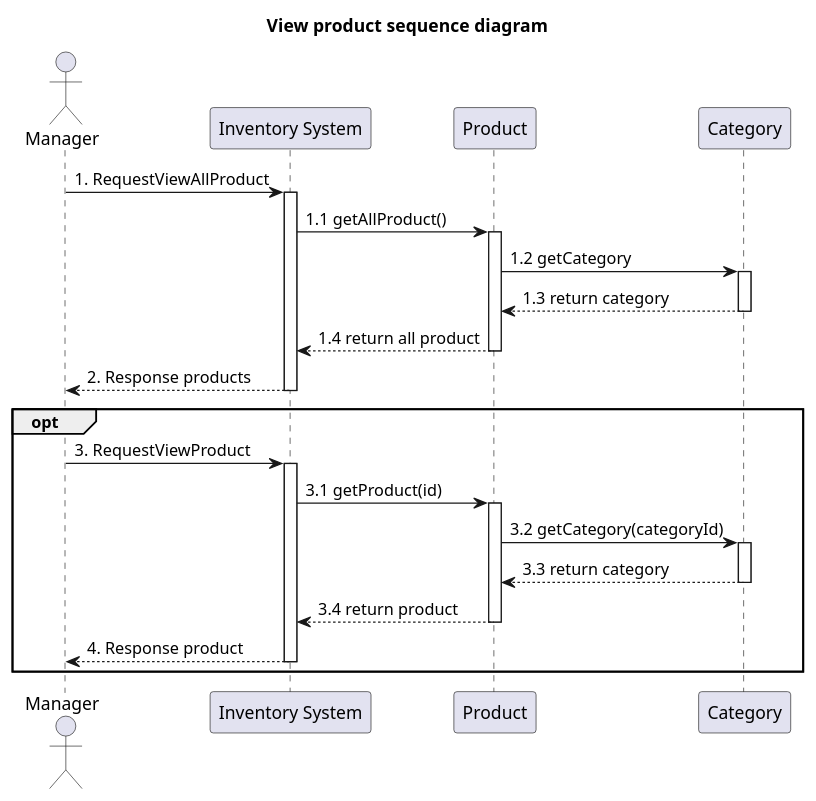
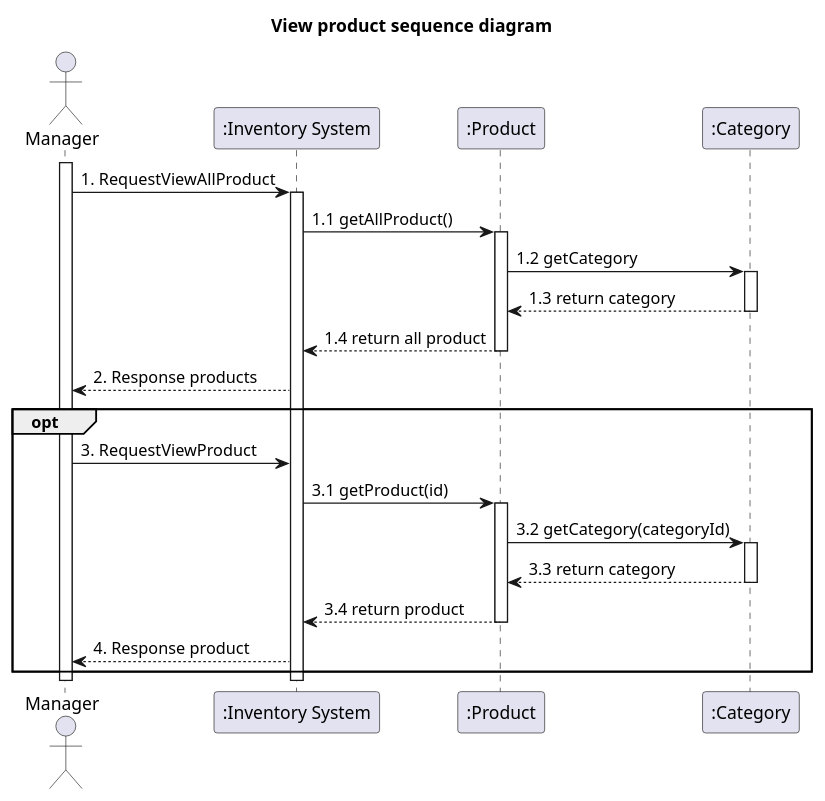
The diagram in system-analysis/sequence/_2_1_sequence-view-product.puml (billowdev/inventory-system-plantuml-sequelize-seeder-example), drawn with PlantUML before and after one commit. The commit also changed 22 other files, not shown here.

Commit message:
update sequence diagram and add overview sequence

```diff
--- a/system-analysis/sequence/_2_1_sequence-view-product.puml
+++ b/system-analysis/sequence/_2_1_sequence-view-product.puml
@@ -1,51 +1,55 @@
 @startuml
 'example
 title View product sequence diagram
 
 actor Manager as actorManager
-participant "Inventory System" as InventorySystem
-participant "Product" as classProduct
-participant "Category" as classCategory
+participant ":Inventory System" as InventorySystem
+participant ":Product" as classProduct
+participant ":Category" as classCategory
 
+activate actorManager
 
 actorManager -> InventorySystem: 1. RequestViewAllProduct
 activate InventorySystem
+
 
 InventorySystem -> classProduct: 1.1 getAllProduct()
 activate classProduct
 
 classProduct -> classCategory: 1.2 getCategory
 activate classCategory
 
 classCategory --> classProduct: 1.3 return category
 deactivate classCategory
 
 classProduct --> InventorySystem: 1.4 return all product
 deactivate classProduct
 
 InventorySystem --> actorManager : 2. Response products
-deactivate InventorySystem
+
 
 opt
 
 actorManager -> InventorySystem: 3. RequestViewProduct
-activate InventorySystem
+
 
 InventorySystem -> classProduct: 3.1 getProduct(id)
 activate classProduct
 
 classProduct -> classCategory: 3.2 getCategory(categoryId)
 activate classCategory
 
 classCategory --> classProduct: 3.3 return category
 deactivate classCategory
 
 classProduct --> InventorySystem: 3.4 return product
 deactivate classProduct
 
 InventorySystem --> actorManager : 4. Response product
+
+end
 deactivate InventorySystem
 
-end
+deactivate actorManager
 
 @enduml
```
